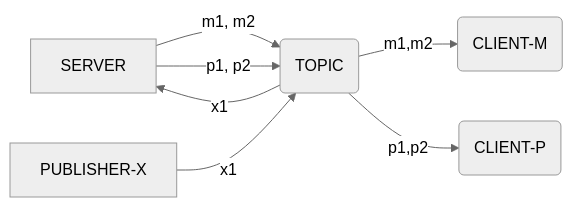
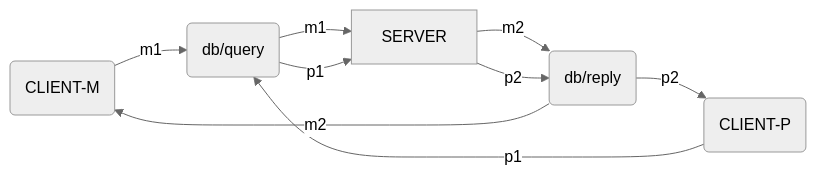
Before and after one commit to machbase/machbase: the second of 3 diagrams in content/en/neo/api-mqtt/query.md, drawn with Mermaid (neutral theme). The commit also changed other lines of this file and 3 other files, not shown here.

````diff
--- a/content/en/neo/api-mqtt/query.md
+++ b/content/en/neo/api-mqtt/query.md
@@ -23,11 +22,14 @@
 ```mermaid
 flowchart LR
 
-SERVER -->|m1, m2| T(TOPIC)
-SERVER -->|p1, p2| T(TOPIC)
-PUBLISHER-X-->|x1| T(TOPIC)
+M -->|m1|Q(db/query)
+P -->|p1|Q(db/query)
 
-T -->|m1,m2| M(CLIENT-M)
-T -->|p1,p2| P(CLIENT-P)
-T -->|x1| SERVER
+R -->|m2|M(CLIENT-M)
+R -->|p2|P(CLIENT-P)
+
+Q -->|m1| SERVER
+Q -->|p1| SERVER
+SERVER--> |m2|R(db/reply)
+SERVER--> |p2|R
 ```
````
